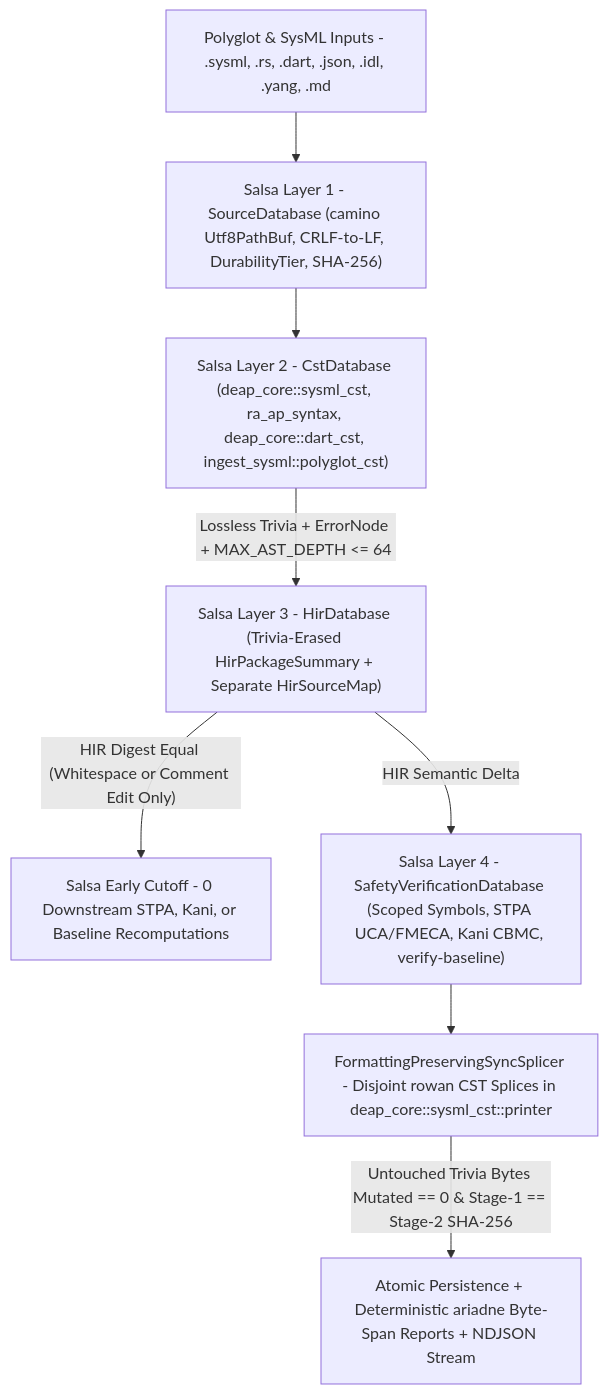
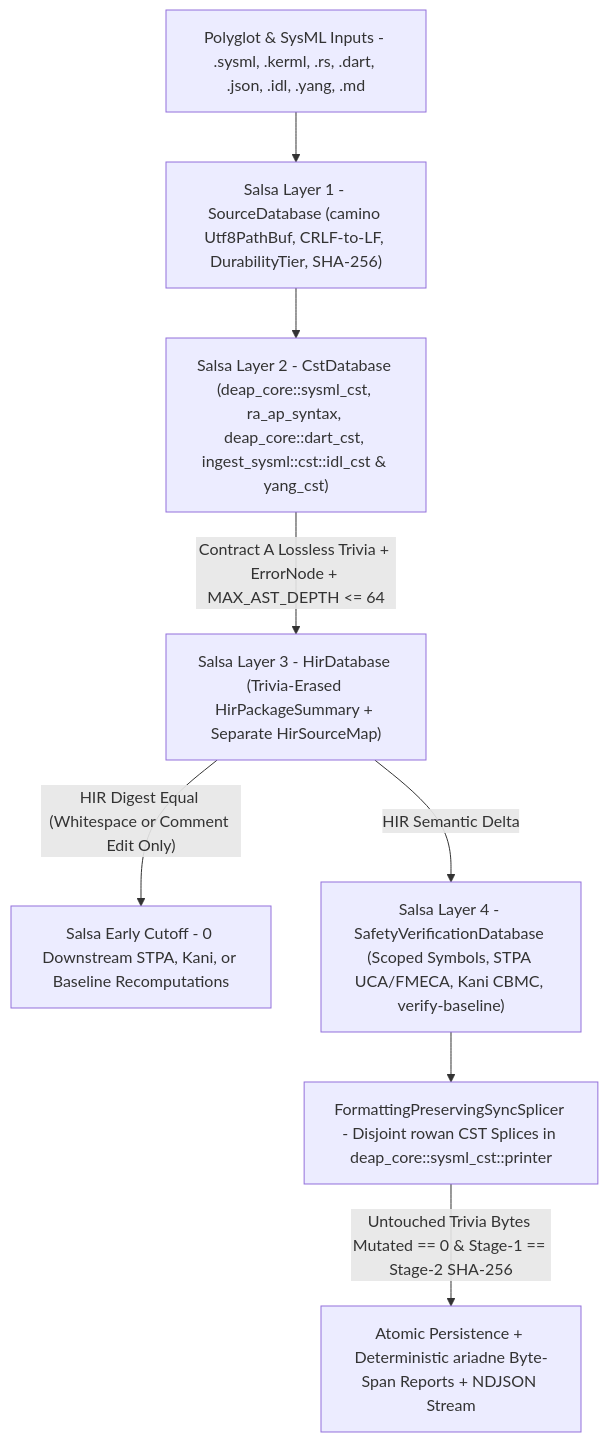
The third of 4 diagrams in docs/designs/blueprint-10-rowan-salsa-incremental-sysml-compiler.md (gintatkinson/DEAP01-spec-core), drawn with Mermaid before and after one commit. The commit also changed other lines of this file and 29 other files, not shown here.

````diff
--- a/docs/designs/blueprint-10-rowan-salsa-incremental-sysml-compiler.md
+++ b/docs/designs/blueprint-10-rowan-salsa-incremental-sysml-compiler.md
@@ -177,10 +181,10 @@
 ```mermaid
 flowchart TD
-    A["Polyglot & SysML Inputs - .sysml, .rs, .dart, .json, .idl, .yang, .md"] --> B["Salsa Layer 1 - SourceDatabase (camino Utf8PathBuf, CRLF-to-LF, DurabilityTier, SHA-256)"]
-    B --> C["Salsa Layer 2 - CstDatabase (deap_core::sysml_cst, ra_ap_syntax, deap_core::dart_cst, ingest_sysml::polyglot_cst)"]
-    C -->|"Lossless Trivia + ErrorNode + MAX_AST_DEPTH <= 64"| D["Salsa Layer 3 - HirDatabase (Trivia-Erased HirPackageSummary + Separate HirSourceMap)"]
+    A["Polyglot & SysML Inputs - .sysml, .kerml, .rs, .dart, .json, .idl, .yang, .md"] --> B["Salsa Layer 1 - SourceDatabase (camino Utf8PathBuf, CRLF-to-LF, DurabilityTier, SHA-256)"]
+    B --> C["Salsa Layer 2 - CstDatabase (deap_core::sysml_cst, ra_ap_syntax, deap_core::dart_cst, ingest_sysml::cst::idl_cst & yang_cst)"]
+    C -->|"Contract A Lossless Trivia + ErrorNode + MAX_AST_DEPTH <= 64"| D["Salsa Layer 3 - HirDatabase (Trivia-Erased HirPackageSummary + Separate HirSourceMap)"]
     D -->|"HIR Digest Equal (Whitespace or Comment Edit Only)"| E["Salsa Early Cutoff - 0 Downstream STPA, Kani, or Baseline Recomputations"]
     D -->|"HIR Semantic Delta"| F["Salsa Layer 4 - SafetyVerificationDatabase (Scoped Symbols, STPA UCA/FMECA, Kani CBMC, verify-baseline)"]
     F --> G["FormattingPreservingSyncSplicer - Disjoint rowan CST Splices in deap_core::sysml_cst::printer"]
     G -->|"Untouched Trivia Bytes Mutated == 0 & Stage-1 == Stage-2 SHA-256"| H["Atomic Persistence + Deterministic ariadne Byte-Span Reports + NDJSON Stream"]
 ```
````
